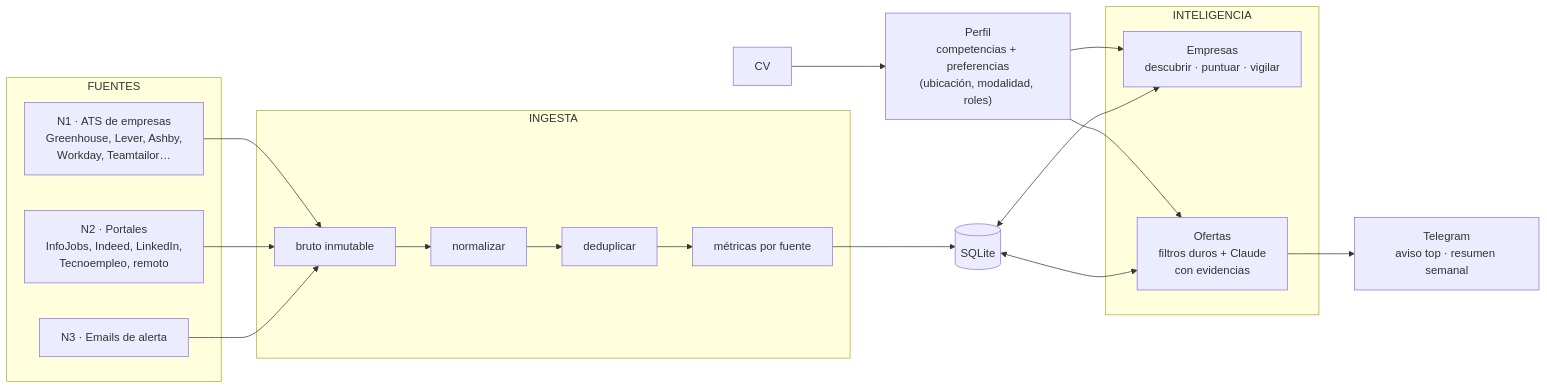
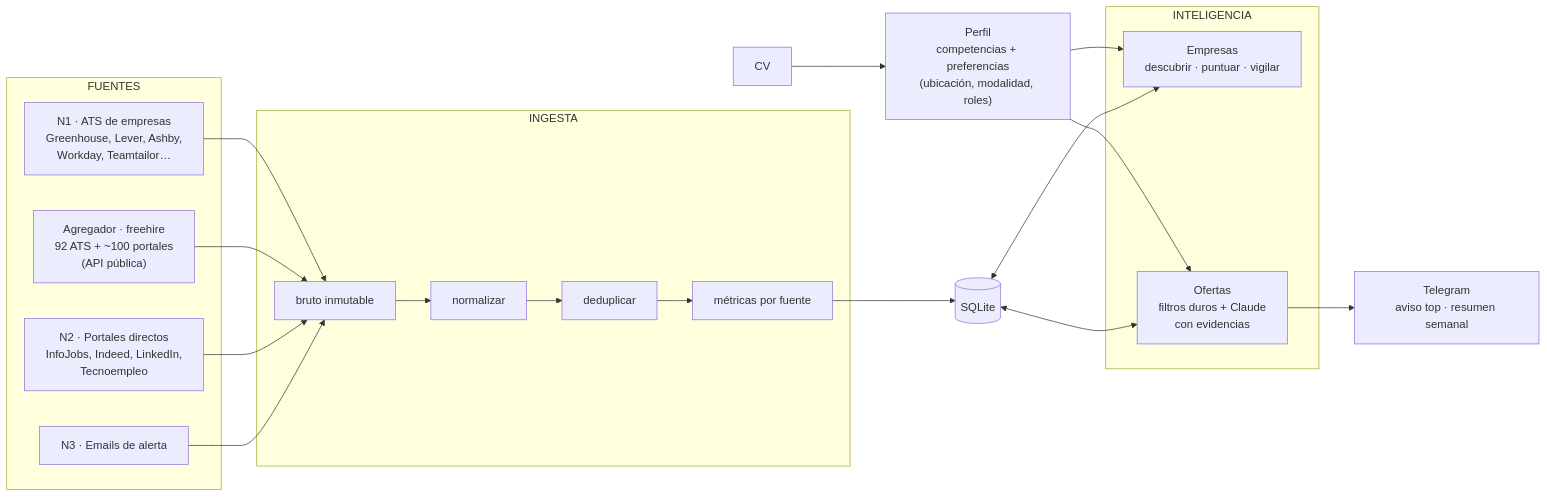
One commit to rubenhig/job-radar changed the first of 2 diagrams in docs/arquitectura.md. Above: the diagram before and after it, drawn with Mermaid. The commit also changed other lines of this file and 1 other file, not shown here.

Commit message:
Prueba de la API de freehire como agregador

````diff
--- a/docs/arquitectura.md
+++ b/docs/arquitectura.md
@@ -23,26 +23,27 @@
 ```mermaid
 flowchart LR
     CV[CV] --> PERFIL["Perfil<br/>competencias + preferencias<br/>(ubicación, modalidad, roles)"]
 
     subgraph FUENTES
         N1["N1 · ATS de empresas<br/>Greenhouse, Lever, Ashby,<br/>Workday, Teamtailor…"]
-        N2["N2 · Portales<br/>InfoJobs, Indeed, LinkedIn,<br/>Tecnoempleo, remoto"]
+        AG["Agregador · freehire<br/>92 ATS + ~100 portales<br/>(API pública)"]
+        N2["N2 · Portales directos<br/>InfoJobs, Indeed, LinkedIn,<br/>Tecnoempleo"]
         N3["N3 · Emails de alerta"]
     end
 
     subgraph INGESTA
         RAW[bruto inmutable] --> NORM[normalizar] --> DEDUP[deduplicar] --> MET[métricas por fuente]
     end
 
-    N1 & N2 & N3 --> RAW
+    N1 & AG & N2 & N3 --> RAW
     MET --> DB[(SQLite)]
 
     subgraph INTELIGENCIA
         EMP["Empresas<br/>descubrir · puntuar · vigilar"]
         OF["Ofertas<br/>filtros duros + Claude<br/>con evidencias"]
     end
 
     PERFIL --> OF & EMP
     DB <--> OF & EMP
     OF --> TG["Telegram<br/>aviso top · resumen semanal"]
 ```
````
